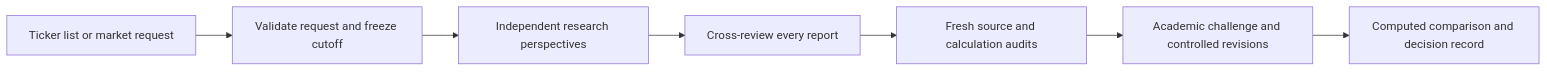
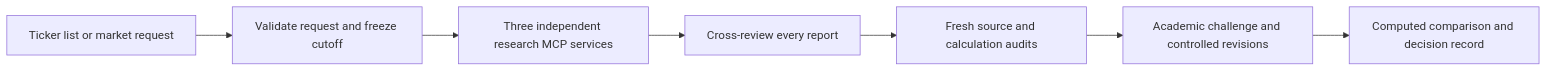
Before and after one commit to DaniyalHayat/aethelgard-mcp_v0: the diagram in README.md, drawn with Mermaid. The commit also changed other lines of this file and 9 other files, not shown here.

````diff
--- a/README.md
+++ b/README.md
@@ -25,9 +26,9 @@
 ```mermaid
 flowchart LR
     A[Ticker list or market request] --> B[Validate request and freeze cutoff]
-    B --> C[Independent research perspectives]
+    B --> C[Three independent research MCP services]
     C --> D[Cross-review every report]
     D --> E[Fresh source and calculation audits]
     E --> F[Academic challenge and controlled revisions]
     F --> G[Computed comparison and decision record]
 ```
````
